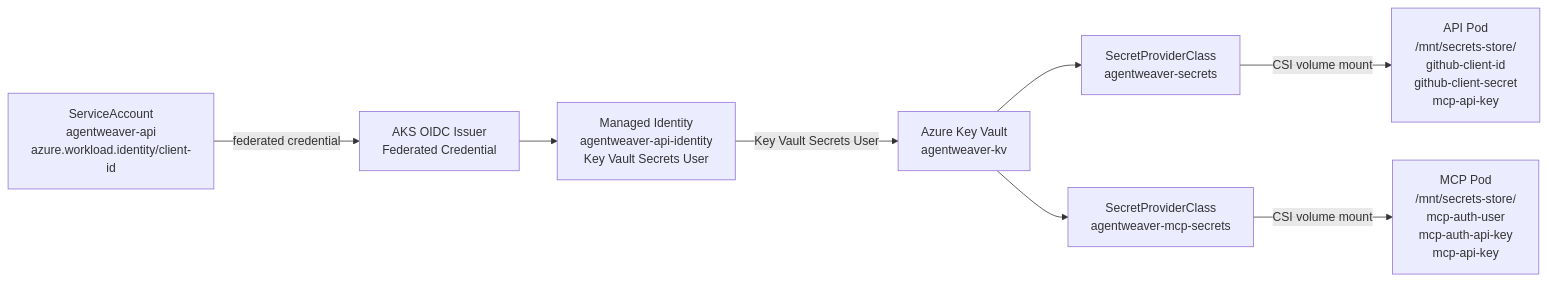
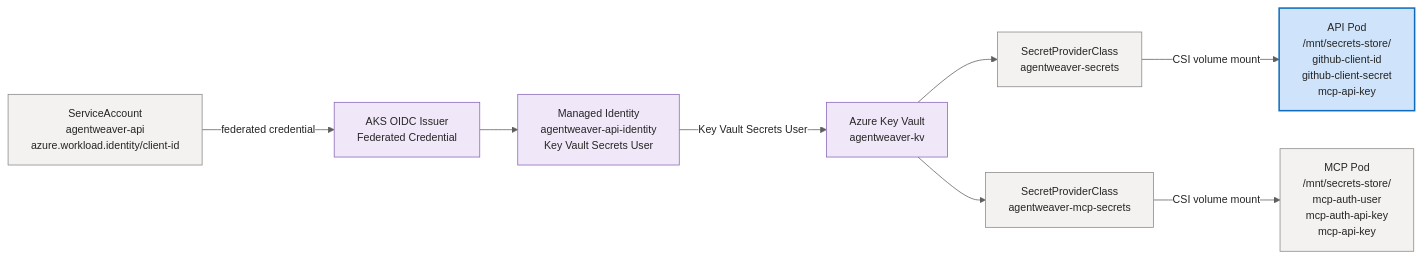
Before and after one commit to sabbour/agentweaver: the fifth of 5 diagrams in docs/architecture-aks.md, drawn with Mermaid. The commit also changed other lines of this file and 13 other files, not shown here.

````diff
--- a/docs/architecture-aks.md
+++ b/docs/architecture-aks.md
@@ -188,18 +262,31 @@
 ```mermaid
+%%{init: {'theme':'base','themeVariables':{'fontFamily':'Segoe UI, system-ui, -apple-system, sans-serif','fontSize':'14px','primaryColor':'#E8EEF9','primaryBorderColor':'#0F6CBD','primaryTextColor':'#242424','lineColor':'#605E5C','clusterBkg':'#FAF9F8','clusterBorder':'#D2D0CE','edgeLabelBackground':'#FFFFFF'}}}%%
 flowchart LR
     MI["Managed Identity<br/>agentweaver-api-identity<br/>Key Vault Secrets User"]
     SA["ServiceAccount<br/>agentweaver-api<br/>azure.workload.identity/client-id"]
     OIDC["AKS OIDC Issuer<br/>Federated Credential"]
     KV["Azure Key Vault<br/>agentweaver-kv"]
 
     SPC["SecretProviderClass<br/>agentweaver-secrets"]
     SPCM["SecretProviderClass<br/>agentweaver-mcp-secrets"]
 
     API["API Pod<br/>/mnt/secrets-store/<br/>github-client-id<br/>github-client-secret<br/>mcp-api-key"]
     MCP["MCP Pod<br/>/mnt/secrets-store/<br/>mcp-auth-user<br/>mcp-auth-api-key<br/>mcp-api-key"]
 
     SA -->|"federated credential"| OIDC --> MI
     MI -->|"Key Vault Secrets User"| KV
     KV --> SPC -->|"CSI volume mount"| API
     KV --> SPCM -->|"CSI volume mount"| MCP
+
+    classDef client fill:#E8EEF9,stroke:#0F6CBD,stroke-width:1px,color:#242424;
+    classDef svc fill:#F3F2F1,stroke:#8A8886,stroke-width:1px,color:#242424;
+    classDef core fill:#CFE4FA,stroke:#0F6CBD,stroke-width:2px,color:#242424;
+    classDef data fill:#FFF4CE,stroke:#C19C00,stroke-width:1px,color:#242424;
+    classDef ext fill:#F0E8F8,stroke:#8764B8,stroke-width:1px,color:#242424;
+    classDef runtime fill:#DDF3DD,stroke:#107C10,stroke-width:1px,color:#242424;
+    classDef evt fill:#D6F0F0,stroke:#038387,stroke-width:1px,color:#242424;
+
+    class SA,SPC,SPCM,MCP svc;
+    class API core;
+    class MI,OIDC,KV ext;
 ```
````
